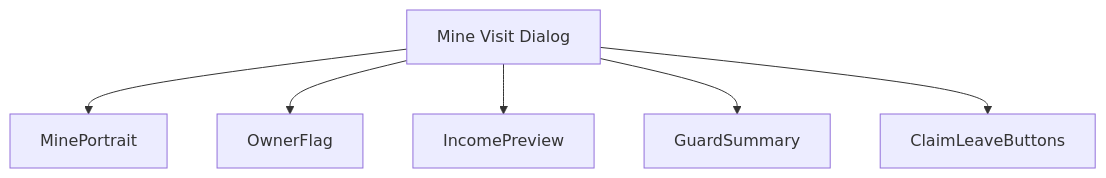
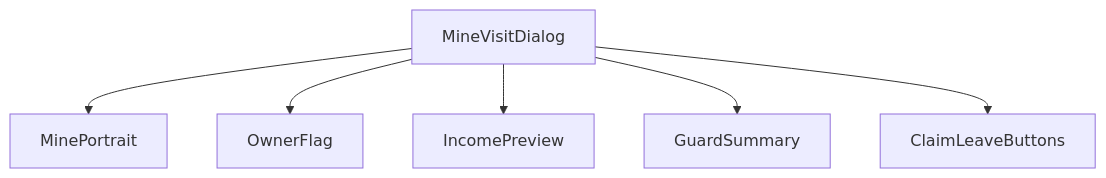
Before and after one commit to SunaNoOshiro/Heroes_Reforged_AI_Realms: the first of 5 diagrams in docs/architecture/wiki/screens/20-mine-visit-dialog/architecture.md, drawn with Mermaid. The commit also changed other lines of this file and 518 other files, not shown here.

First line of the commit message:
Add doc-audit skill and sweep architecture/screen docs

````diff
--- a/docs/architecture/wiki/screens/20-mine-visit-dialog/architecture.md
+++ b/docs/architecture/wiki/screens/20-mine-visit-dialog/architecture.md
@@ -16,14 +21,9 @@
 ```mermaid
 flowchart TD
-  Root["Mine Visit Dialog"]
-  C0["MinePortrait"]
-  Root --> C0
-  C1["OwnerFlag"]
-  Root --> C1
-  C2["IncomePreview"]
-  Root --> C2
-  C3["GuardSummary"]
-  Root --> C3
-  C4["ClaimLeaveButtons"]
-  Root --> C4
+  Root["MineVisitDialog"]
+  Root --> C0["MinePortrait"]
+  Root --> C1["OwnerFlag"]
+  Root --> C2["IncomePreview"]
+  Root --> C3["GuardSummary"]
+  Root --> C4["ClaimLeaveButtons"]
 ```
````
